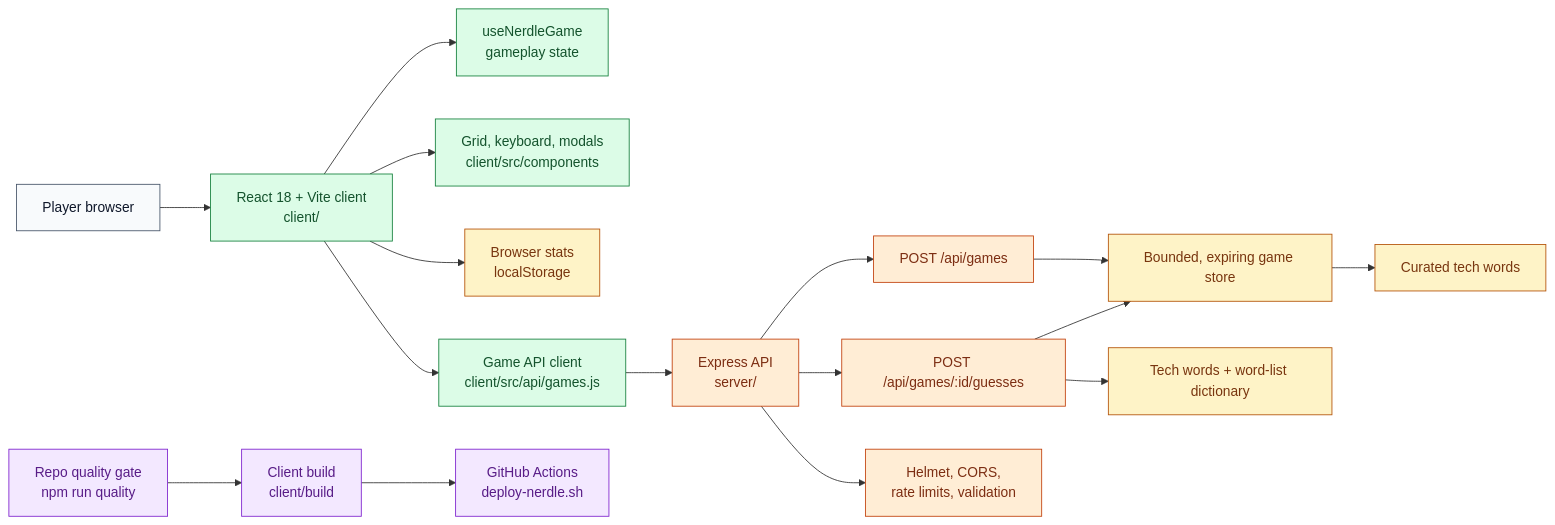
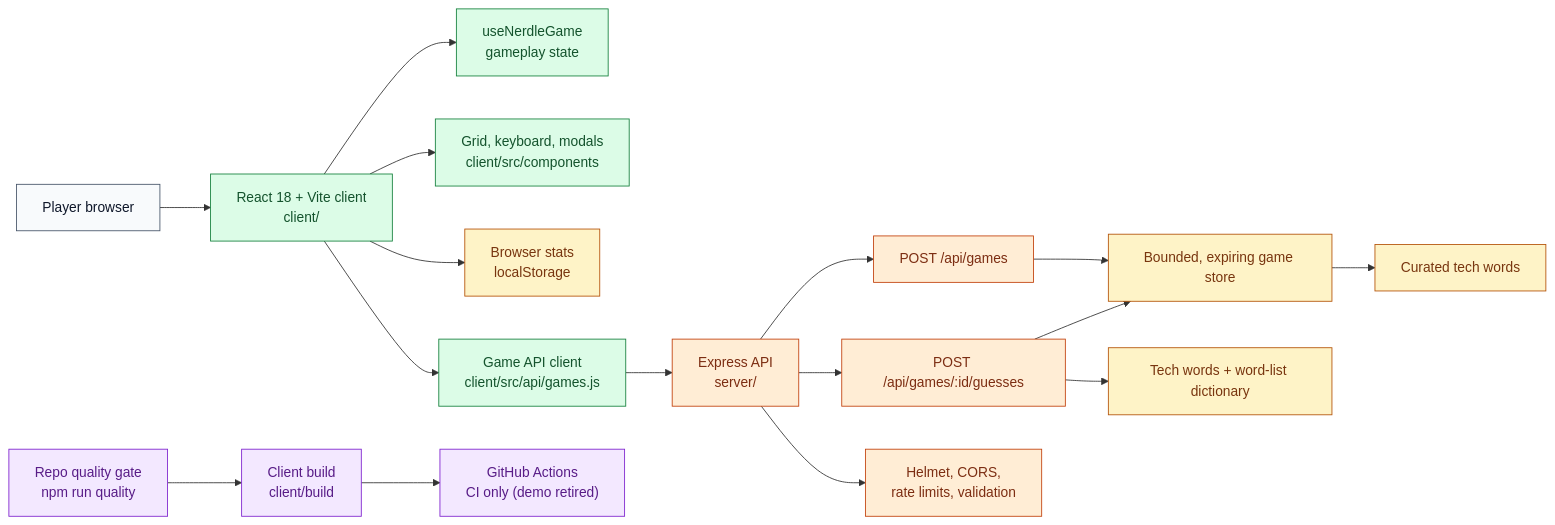
Before and after one commit to natezimm/nerdle: the first of 2 diagrams in docs/architecture.md, drawn with Mermaid. The commit also changed other lines of this file and 4 other files, not shown here.

First line of the commit message:
Remove the GCP deploy job now that the demo is retired

````diff
--- a/docs/architecture.md
+++ b/docs/architecture.md
@@ -9,32 +9,32 @@
 ```mermaid
 flowchart LR
   Visitor["Player browser"] --> Client["React 18 + Vite client<br/>client/"]
   Client --> GameState["useNerdleGame<br/>gameplay state"]
   Client --> UI["Grid, keyboard, modals<br/>client/src/components"]
   Client --> Stats["Browser stats<br/>localStorage"]
   Client --> ApiClient["Game API client<br/>client/src/api/games.js"]
   ApiClient --> Express["Express API<br/>server/"]
   Express --> Start["POST /api/games"]
   Express --> Guess["POST /api/games/:id/guesses"]
   Start --> Games["Bounded, expiring game store"]
   Games --> Words["Curated tech words"]
   Guess --> Games
   Guess --> Dictionary["Tech words + word-list dictionary"]
   Express --> Middleware["Helmet, CORS,<br/>rate limits, validation"]
   Repo["Repo quality gate<br/>npm run quality"] --> Build["Client build<br/>client/build"]
-  Build --> Deploy["GitHub Actions<br/>deploy-nerdle.sh"]
+  Build --> CI["GitHub Actions<br/>CI only (demo retired)"]
 
   classDef user fill:#f8fafc,stroke:#475569,color:#0f172a
   classDef site fill:#e0f2fe,stroke:#0369a1,color:#0c4a6e
   classDef server fill:#ffedd5,stroke:#c2410c,color:#7c2d12
   classDef repo fill:#eef2ff,stroke:#4338ca,color:#312e81
   classDef client fill:#dcfce7,stroke:#15803d,color:#14532d
   classDef data fill:#fef3c7,stroke:#b45309,color:#78350f
   classDef delivery fill:#f3e8ff,stroke:#7e22ce,color:#581c87
   classDef external fill:#fee2e2,stroke:#b91c1c,color:#7f1d1d
   class Visitor user
   class Client,GameState,UI,ApiClient client
   class Express,Start,Guess,Middleware server
   class Stats,Games,Words,Dictionary data
-  class Repo,Build,Deploy delivery
+  class Repo,Build,CI delivery
 ```
````
